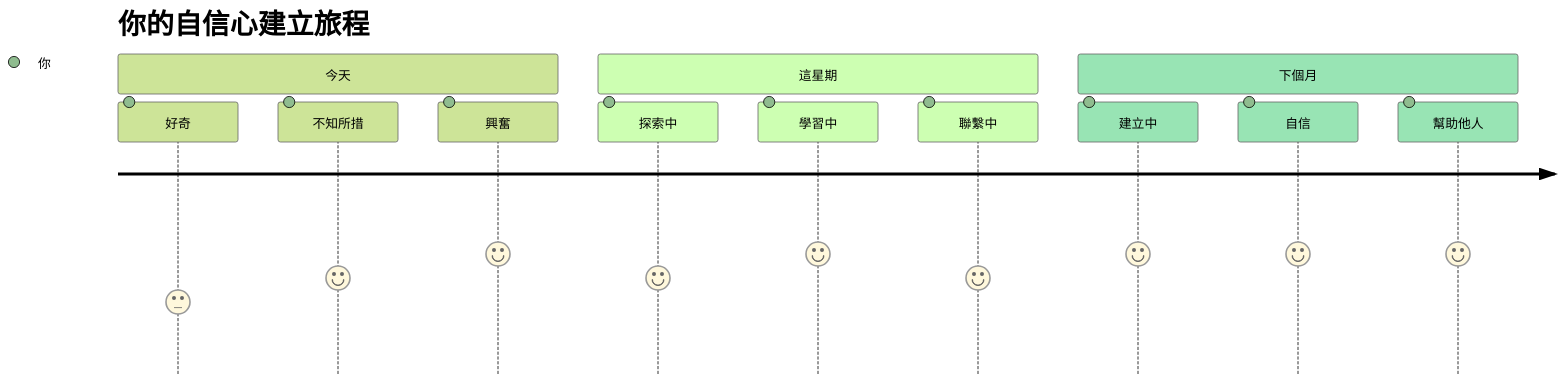
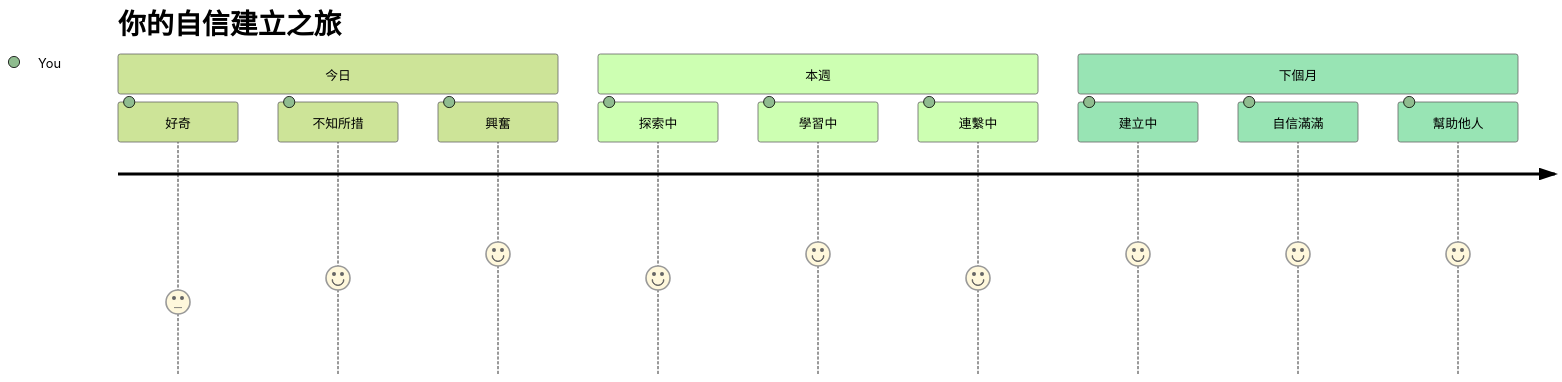
One commit to microsoft/Web-Dev-For-Beginners changed the seventh of 7 diagrams in translations/zh-MO/1-getting-started-lessons/1-intro-to-programming-languages/README.md. Above: the diagram before and after it, drawn with Mermaid (forest theme). The commit also changed other lines of this file and 8 other files, not shown here.

````diff
--- a/translations/zh-MO/1-getting-started-lessons/1-intro-to-programming-languages/README.md
+++ b/translations/zh-MO/1-getting-started-lessons/1-intro-to-programming-languages/README.md
@@ -830,16 +831,16 @@
 ```mermaid
 journey
-    title 你的自信心建立旅程
-    section 今天
-      好奇: 3: 你
-      不知所措: 4: 你
-      興奮: 5: 你
-    section 這星期
-      探索中: 4: 你
-      學習中: 5: 你
-      聯繫中: 4: 你
+    title 你的自信建立之旅
+    section 今日
+      好奇: 3: You
+      不知所措: 4: You
+      興奮: 5: You
+    section 本週
+      探索中: 4: You
+      學習中: 5: You
+      連繫中: 4: You
     section 下個月
-      建立中: 5: 你
-      自信: 5: 你
-      幫助他人: 5: 你
+      建立中: 5: You
+      自信滿滿: 5: You
+      幫助他人: 5: You
 ```
````
